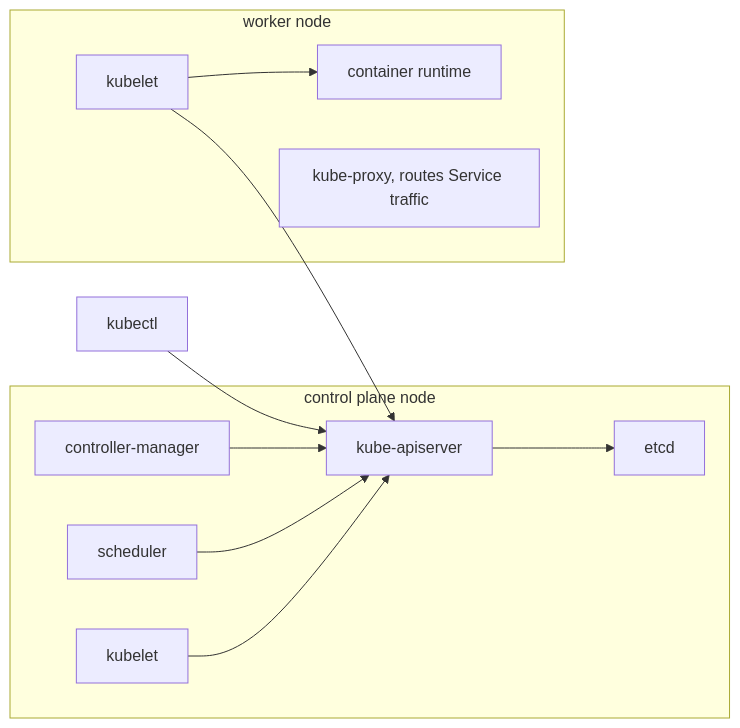
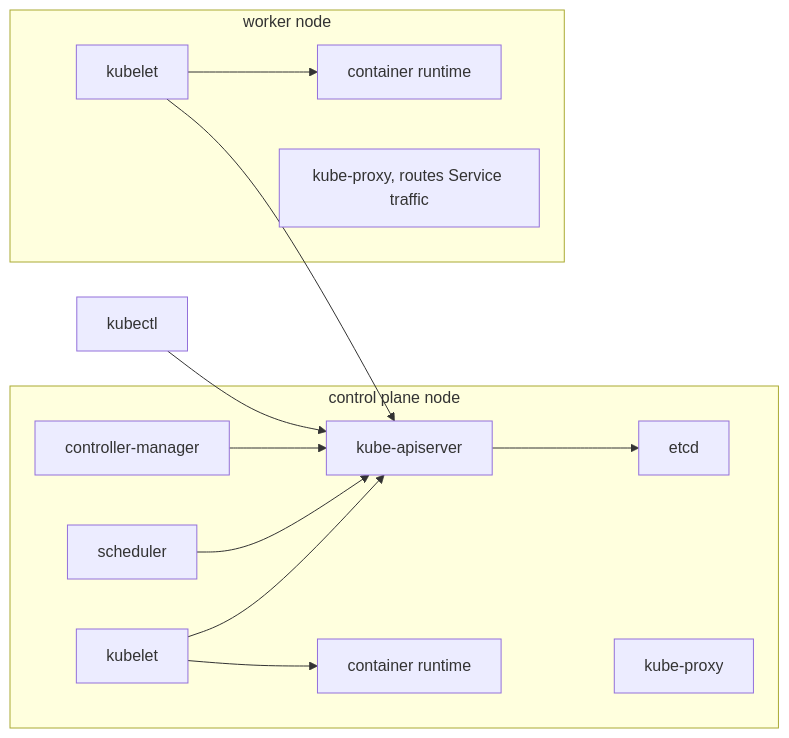
Before and after one commit to jclapdev/cka-study: the second of 4 diagrams in learn/cluster-architecture.md, drawn with Mermaid. The commit also changed other lines of this file and 57 other files, not shown here.

````diff
--- a/learn/cluster-architecture.md
+++ b/learn/cluster-architecture.md
@@ -24,22 +24,25 @@
 ```mermaid
 flowchart LR
   subgraph cp["control plane node"]
     api["kube-apiserver"]
     etcd["etcd"]
     cm["controller-manager"]
     sched["scheduler"]
     k1["kubelet"]
+    rt1["container runtime"]
+    kp1["kube-proxy"]
   end
   subgraph w["worker node"]
     k2["kubelet"]
     rt["container runtime"]
     kp["kube-proxy, routes Service traffic"]
   end
   you["kubectl"] --> api
   cm --> api
   sched --> api
   k1 --> api
   k2 --> api
   api --> etcd
+  k1 --> rt1
   k2 --> rt
 ```
````
